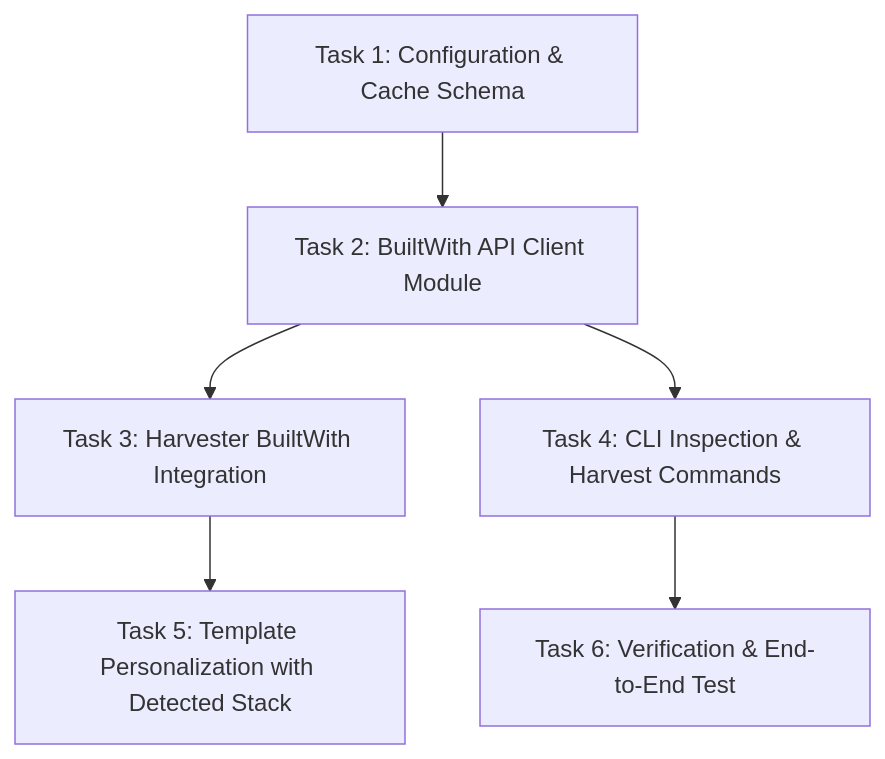
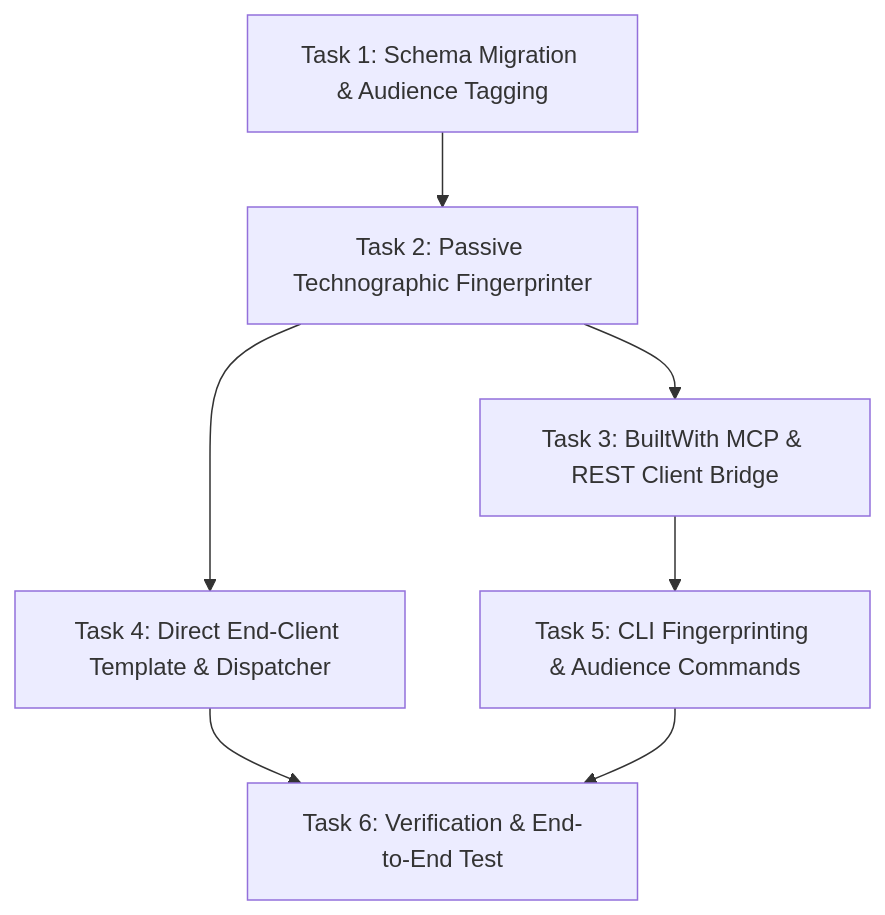
The diagram in ai-work/plan/outreach-builtwith-integration-plan.md (alexseif/alexseif), drawn with Mermaid before and after one commit. The commit also changed other lines of this file and 2 other files, not shown here.

Commit message:
docs(ai-work): update spec, plan, and todo for BuiltWith MCP and direct end-client targeting

````diff
--- a/ai-work/plan/outreach-builtwith-integration-plan.md
+++ b/ai-work/plan/outreach-builtwith-integration-plan.md
@@ -14,8 +14,9 @@
 ```mermaid
 graph TD
-    T1["Task 1: Configuration & Cache Schema"] --> T2["Task 2: BuiltWith API Client Module"]
-    T2 --> T3["Task 3: Harvester BuiltWith Integration"]
-    T2 --> T4["Task 4: CLI Inspection & Harvest Commands"]
-    T3 --> T5["Task 5: Template Personalization with Detected Stack"]
+    T1["Task 1: Schema Migration & Audience Tagging"] --> T2["Task 2: Passive Technographic Fingerprinter"]
+    T2 --> T3["Task 3: BuiltWith MCP & REST Client Bridge"]
+    T2 --> T4["Task 4: Direct End-Client Template & Dispatcher"]
+    T3 --> T5["Task 5: CLI Fingerprinting & Audience Commands"]
     T4 --> T6["Task 6: Verification & End-to-End Test"]
+    T5 --> T6
 ```
````
